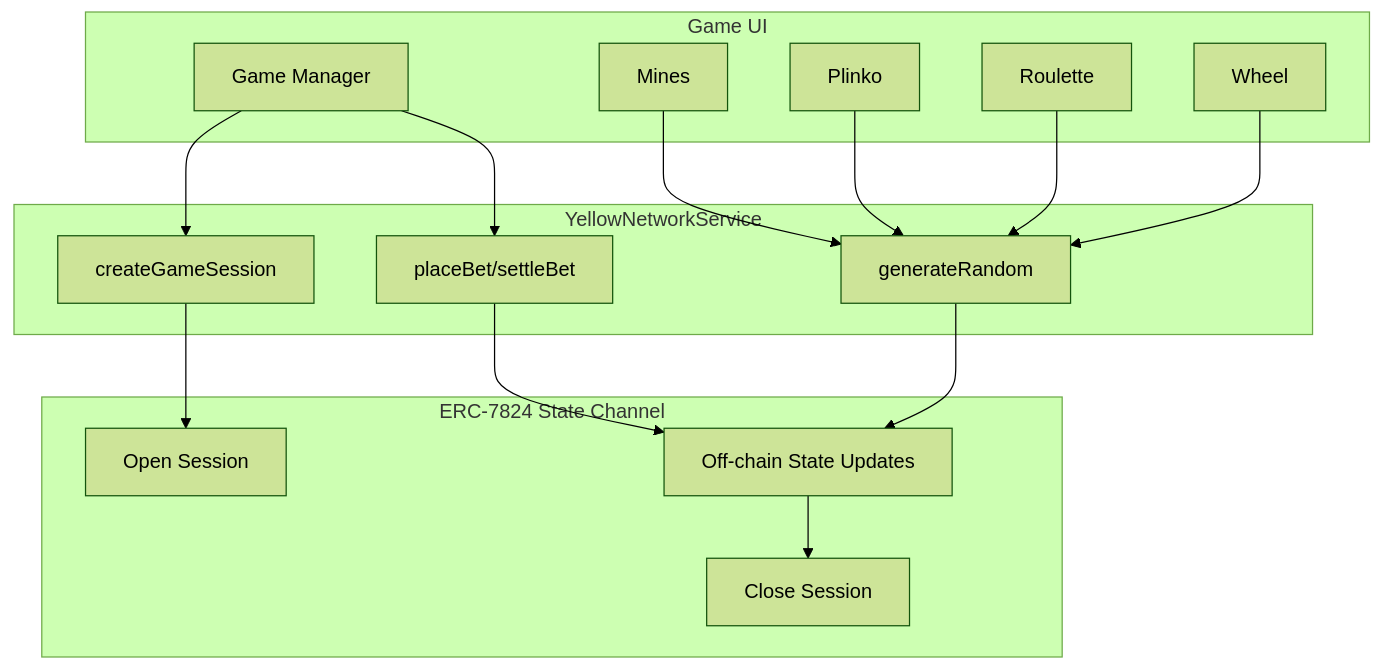
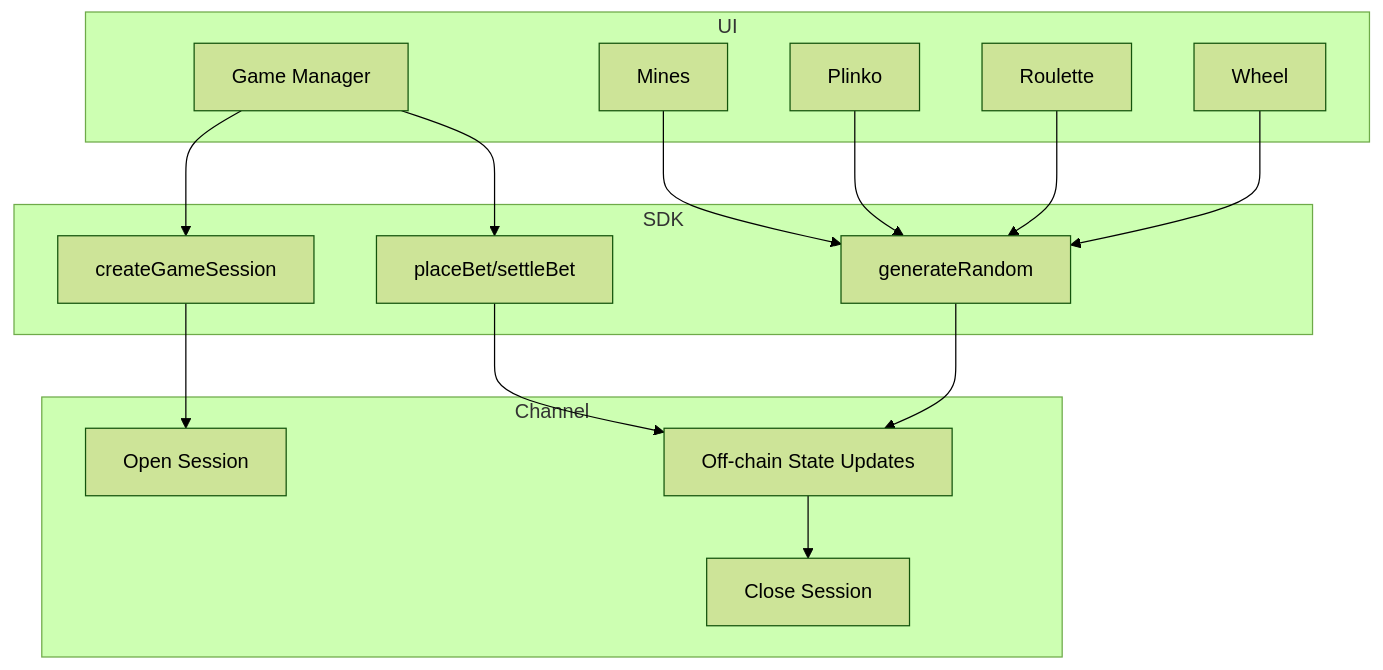
Before and after one commit to AmaanSayyad/APT-Casino-Yellow: the sixth of 12 diagrams in MERMAID_DIAGRAMS.md, drawn with Mermaid (forest theme). The commit also changed other lines of this file, not shown here.

````diff
--- a/MERMAID_DIAGRAMS.md
+++ b/MERMAID_DIAGRAMS.md
@@ -130,33 +130,33 @@
 ```mermaid
 flowchart TB
-  subgraph UI[Game UI]
+  subgraph UI
     GM[Game Manager]
     Mines[Mines]
     Plinko[Plinko]
     Roulette[Roulette]
     Wheel[Wheel]
   end
 
-  subgraph SDK[YellowNetworkService]
+  subgraph SDK
     Sess[createGameSession]
     Rand[generateRandom]
     Bet[placeBet/settleBet]
   end
 
-  subgraph Channel[ERC-7824 State Channel]
+  subgraph Channel
     Open[Open Session]
     Update[Off-chain State Updates]
     Close[Close Session]
   end
 
   GM --> Sess
   Sess --> Open
   Mines --> Rand
   Plinko --> Rand
   Roulette --> Rand
   Wheel --> Rand
   Rand --> Update
   GM --> Bet
   Bet --> Update
   Update --> Close
 ```
````
